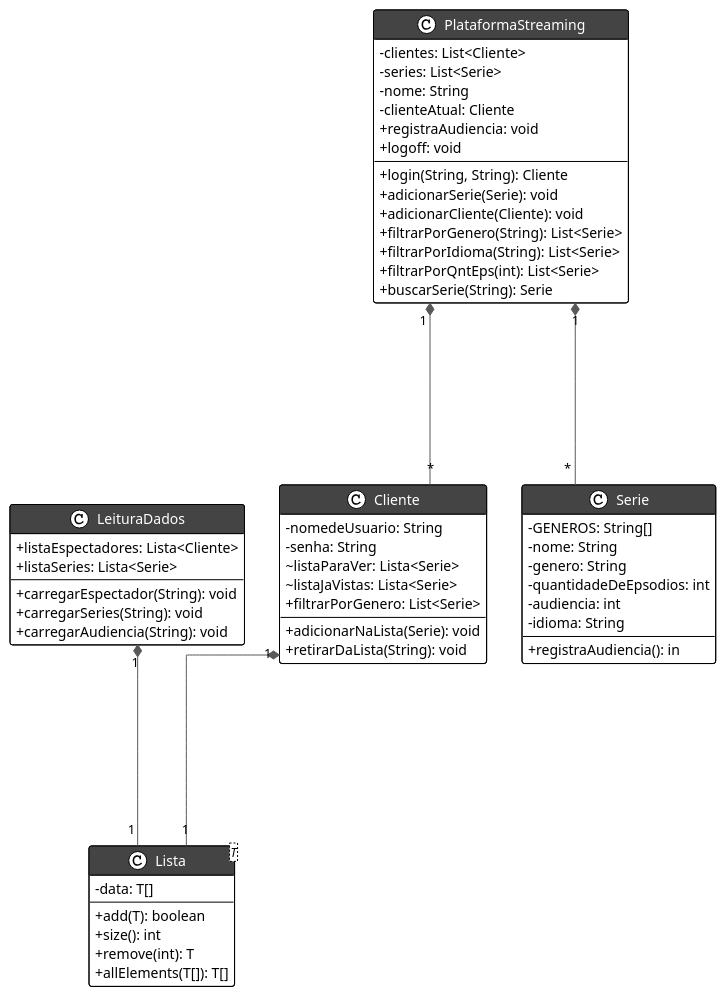
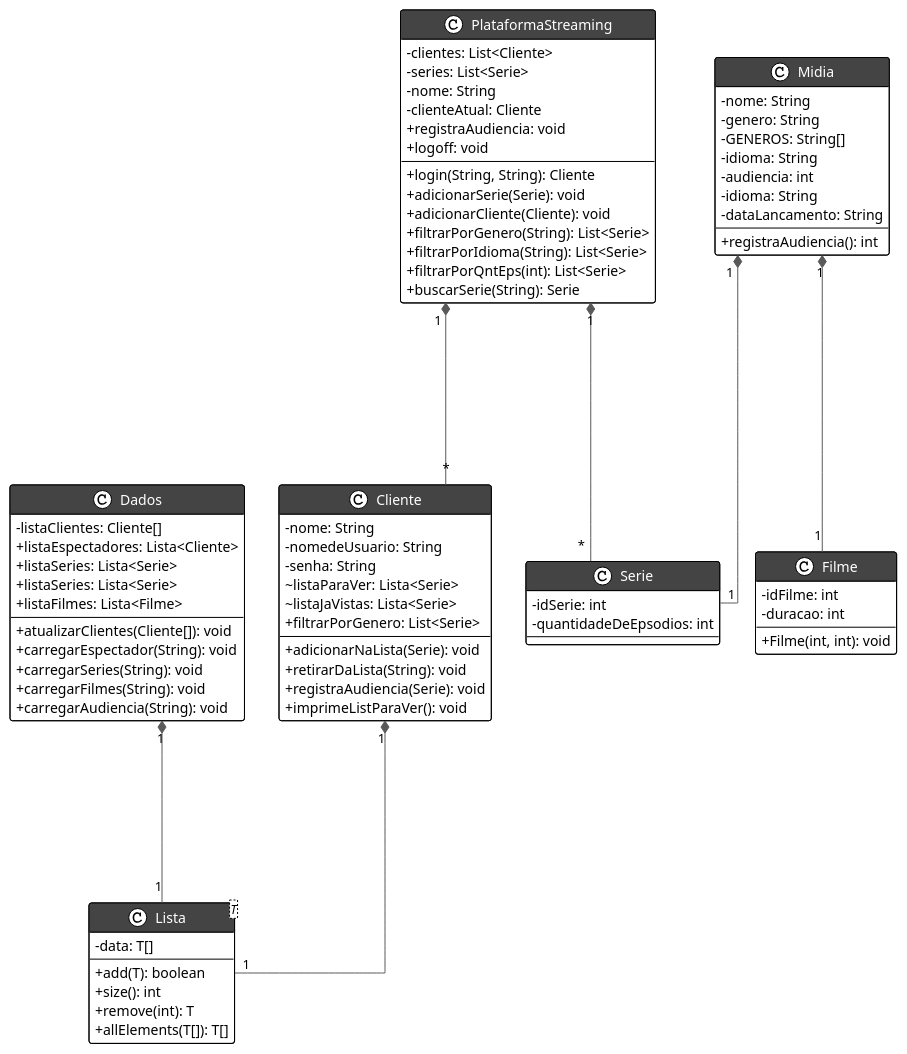
Before and after one commit to DisciplinasProgramacao/lpm_projetos_3_4_5-grupo2: the diagram in docs/diagramas/UML.plantuml, drawn with PlantUML. The commit also changed 1 other file, not shown here.

Commit message:
UpDate UML

```diff
--- a/docs/diagramas/UML.plantuml
+++ b/docs/diagramas/UML.plantuml
@@ -1,67 +1,88 @@
 @startuml
 
 !theme plain
 top to bottom direction
 skinparam linetype ortho
 skinparam classAttributeIconSize 0
 skinparam classFontColor automatic
 skinparam classHeaderBackgroundColor #444
 
 class Cliente {
+  - nome: String
   - nomedeUsuario: String
   - senha: String
   ~ listaParaVer: Lista<Serie>
   ~ listaJaVistas: Lista<Serie>
   + adicionarNaLista(Serie): void
   + retirarDaLista(String): void
+  + registraAudiencia(Serie): void
+  + imprimeListParaVer(): void
   + filtrarPorGenero: List<Serie>
 }
 
-class LeituraDados {
-  +listaEspectadores: Lista<Cliente>
-  +listaSeries: Lista<Serie>
+class Dados {
+  - listaClientes: Cliente[]
+  + listaEspectadores: Lista<Cliente>
+  + listaSeries: Lista<Serie>
+  + listaSeries: Lista<Serie>
+  + listaFilmes: Lista<Filme>
+  + atualizarClientes(Cliente[]): void
   + carregarEspectador(String): void
   + carregarSeries(String): void
+  + carregarFilmes(String): void
   + carregarAudiencia(String): void
+}
+
+class Filme{
+  - idFilme: int
+  - duracao: int
+  +Filme(int, int): void
+}
+
+class Midia {
+  - nome: String
+  - genero: String
+  - GENEROS: String[]
+  - idioma: String
+  - audiencia: int
+  - idioma: String
+  - dataLancamento: String
+  + registraAudiencia(): int
 }
 
 class Lista<T> {
   - data: T[]
   + add(T): boolean
   + size(): int
   + remove(int): T
   + allElements(T[]): T[]
 }
 
 class PlataformaStreaming {
   - clientes: List<Cliente>
   - series: List<Serie>
   - nome: String
   - clienteAtual: Cliente
   + login(String, String): Cliente
   + adicionarSerie(Serie): void
   + adicionarCliente(Cliente): void
   + filtrarPorGenero(String): List<Serie>
   + filtrarPorIdioma(String): List<Serie>
   + filtrarPorQntEps(int): List<Serie>
   + registraAudiencia: void
   + logoff: void
   + buscarSerie(String): Serie
 }
 
 class Serie {
-  - GENEROS: String[]
-  - nome: String
-  - genero: String
+  - idSerie: int
   - quantidadeDeEpsodios: int
-  - audiencia: int
-  - idioma: String
-  + registraAudiencia(): in
-
 }
 
 Cliente             "1" *--[#595959,plain]-- "1" Lista
-LeituraDados        "1" *--[#595959,plain]-- "1" Lista
+Dados        "1" *--[#595959,plain]-- "1" Lista
+Midia        "1" *--[#595959,plain]-- "1" Filme
+Midia        "1" *--[#595959,plain]-- "1" Serie
 PlataformaStreaming "1" *--[#595959,plain]-- "*" Cliente
 PlataformaStreaming "1" *--[#595959,plain]-- "*" Serie
 @enduml
```
